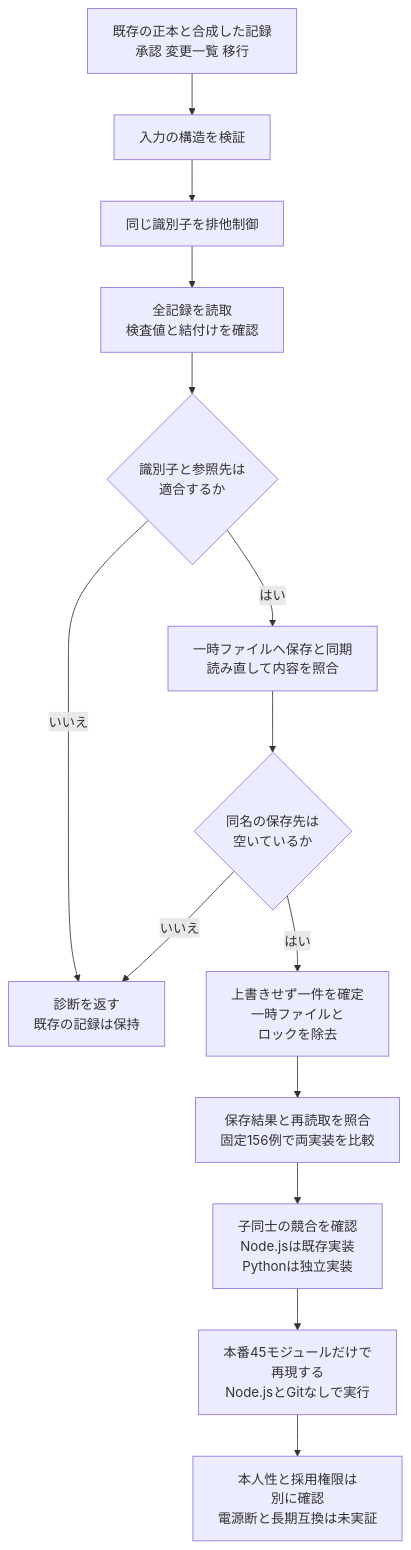
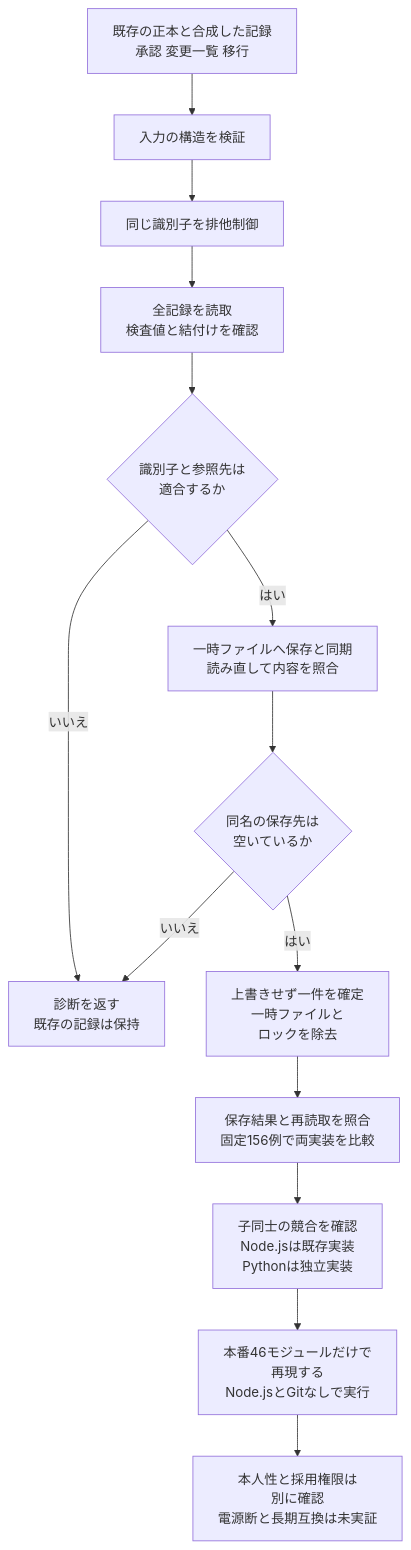
Before and after one commit to koukemo/morivyx: the diagram in docs/diagrams/python-ledger-store.mmd, drawn with Mermaid. The commit also changed 44 other files, not shown here.

```diff
--- a/docs/diagrams/python-ledger-store.mmd
+++ b/docs/diagrams/python-ledger-store.mmd
@@ -1,14 +1,14 @@
 flowchart TD
   A[既存の正本と合成した記録<br/>承認 変更一覧 移行] --> B[入力の構造を検証]
   B --> C[同じ識別子を排他制御]
   C --> D[全記録を読取<br/>検査値と結付けを確認]
   D --> E{識別子と参照先は<br/>適合するか}
   E -->|いいえ| F[診断を返す<br/>既存の記録は保持]
   E -->|はい| G[一時ファイルへ保存と同期<br/>読み直して内容を照合]
   G --> H{同名の保存先は<br/>空いているか}
   H -->|いいえ| F
   H -->|はい| I[上書きせず一件を確定<br/>一時ファイルと<br/>ロックを除去]
   I --> J[保存結果と再読取を照合<br/>固定156例で両実装を比較]
   J --> K[子同士の競合を確認<br/>Node.jsは既存実装<br/>Pythonは独立実装]
-  K --> L[本番45モジュールだけで<br/>再現する<br/>Node.jsとGitなしで実行]
+  K --> L[本番46モジュールだけで<br/>再現する<br/>Node.jsとGitなしで実行]
   L --> M[本人性と採用権限は<br/>別に確認<br/>電源断と長期互換は未実証]
```
